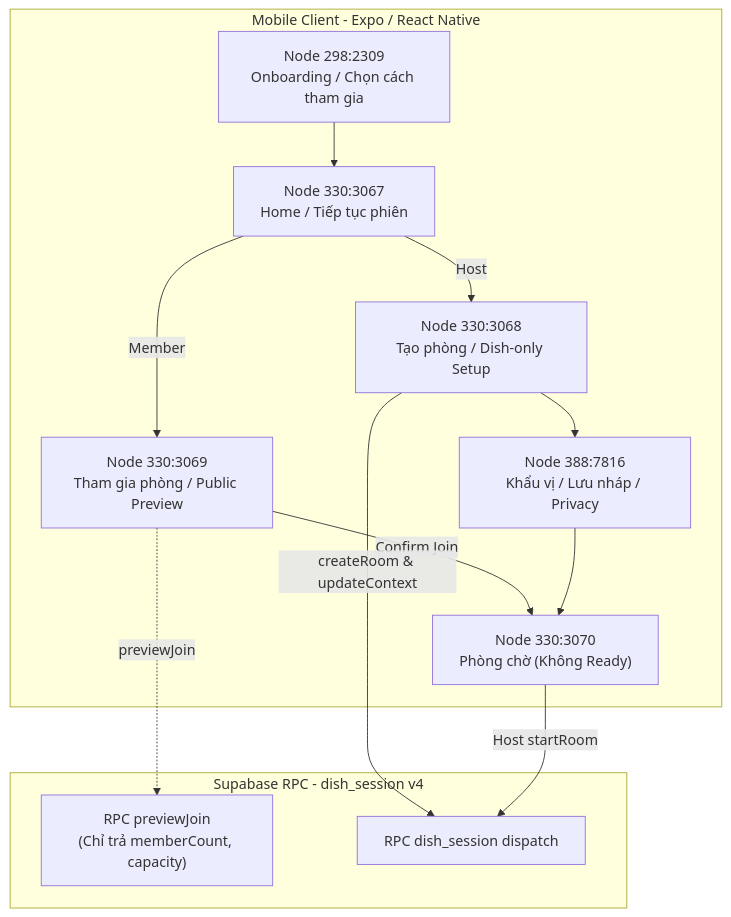
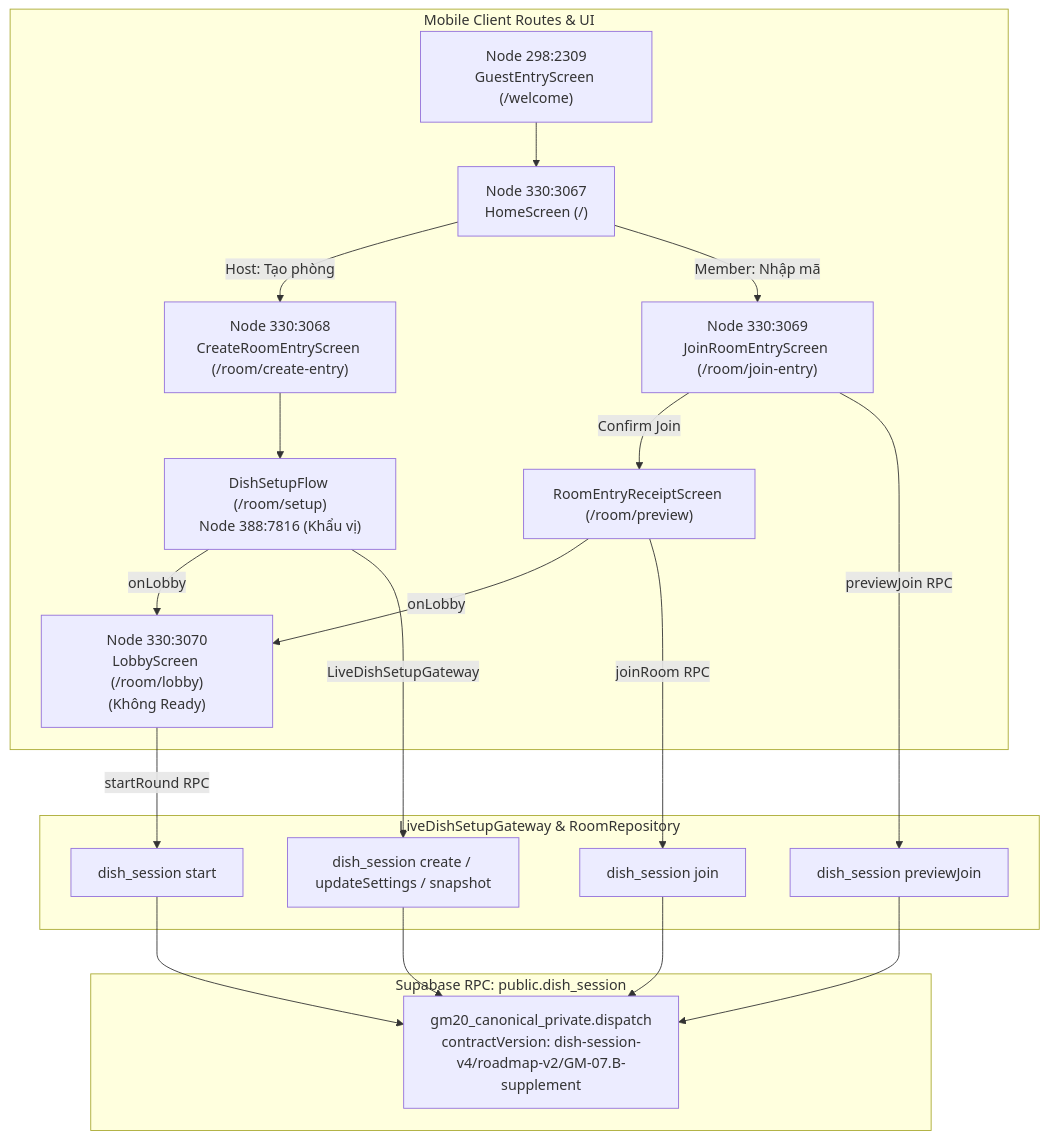
One commit to ThanhTris/IE307 changed the diagram in docs/evidence/roadmap-v2/GM-25/FIGMA_PARITY.md. Above: the diagram before and after it, drawn with Mermaid. The commit also changed other lines of this file and 10 other files, not shown here.

````diff
--- a/docs/evidence/roadmap-v2/GM-25/FIGMA_PARITY.md
+++ b/docs/evidence/roadmap-v2/GM-25/FIGMA_PARITY.md
@@ -58,17 +37,23 @@
 ```mermaid
 flowchart TD
-    subgraph Client [Mobile Client - Expo / React Native]
-        A["Node 298:2309<br/>Onboarding / Chọn cách tham gia"] --> B["Node 330:3067<br/>Home / Tiếp tục phiên"]
-        B -->|Host| C["Node 330:3068<br/>Tạo phòng / Dish-only Setup"]
-        B -->|Member| D["Node 330:3069<br/>Tham gia phòng / Public Preview"]
-        C --> E["Node 388:7816<br/>Khẩu vị / Lưu nháp / Privacy"]
-        D -->|Confirm Join| F["Node 330:3070<br/>Phòng chờ (Không Ready)"]
-        E --> F
+    subgraph UI [Mobile Client Routes & UI]
+        A["Node 298:2309<br/>GuestEntryScreen (/welcome)"] --> B["Node 330:3067<br/>HomeScreen (/)"]
+        B -->|Host: Tạo phòng| C["Node 330:3068<br/>CreateRoomEntryScreen (/room/create-entry)"]
+        C --> D["DishSetupFlow (/room/setup)<br/>Node 388:7816 (Khẩu vị)"]
+        B -->|Member: Nhập mã| E["Node 330:3069<br/>JoinRoomEntryScreen (/room/join-entry)"]
+        E -->|Confirm Join| F["RoomEntryReceiptScreen (/room/preview)"]
+        D -->|onLobby| G["Node 330:3070<br/>LobbyScreen (/room/lobby)<br/>(Không Ready)"]
+        F -->|onLobby| G
     end
 
-    subgraph Backend [Supabase RPC - dish_session v4]
-        D -.->|previewJoin| G["RPC previewJoin<br/>(Chỉ trả memberCount, capacity)"]
-        C -->|createRoom & updateContext| H["RPC dish_session dispatch"]
-        F -->|Host startRoom| H
+    subgraph Gateway [LiveDishSetupGateway & RoomRepository]
+        D -->|LiveDishSetupGateway| H["dish_session create / updateSettings / snapshot"]
+        E -->|previewJoin RPC| I["dish_session previewJoin"]
+        F -->|joinRoom RPC| J["dish_session join"]
+        G -->|startRound RPC| K["dish_session start"]
+    end
+
+    subgraph Backend [Supabase RPC: public.dish_session]
+        H & I & J & K --> L["gm20_canonical_private.dispatch<br/>contractVersion: dish-session-v4/roadmap-v2/GM-07.B-supplement"]
     end
 ```
````
